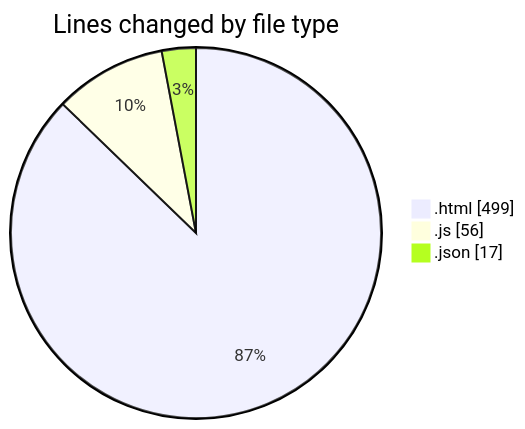
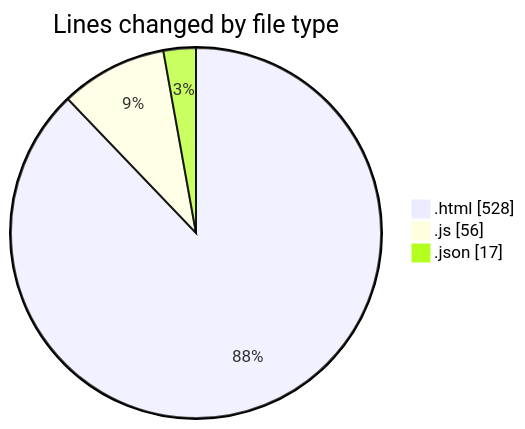
One commit to IJAZ3593/code-tracking changed the first of 2 diagrams in 2025-09-04/tailwind/README.md. Above: the diagram before and after it, drawn with Mermaid. The commit also changed other lines of this file and 1 other file, not shown here.

````diff
--- a/2025-09-04/tailwind/README.md
+++ b/2025-09-04/tailwind/README.md
@@ -26,7 +26,7 @@
 ```mermaid
 pie showData
 title Lines changed by file type
-".html" : 499
+".html" : 528
 ".js" : 56
 ".json" : 17
 ```
````
